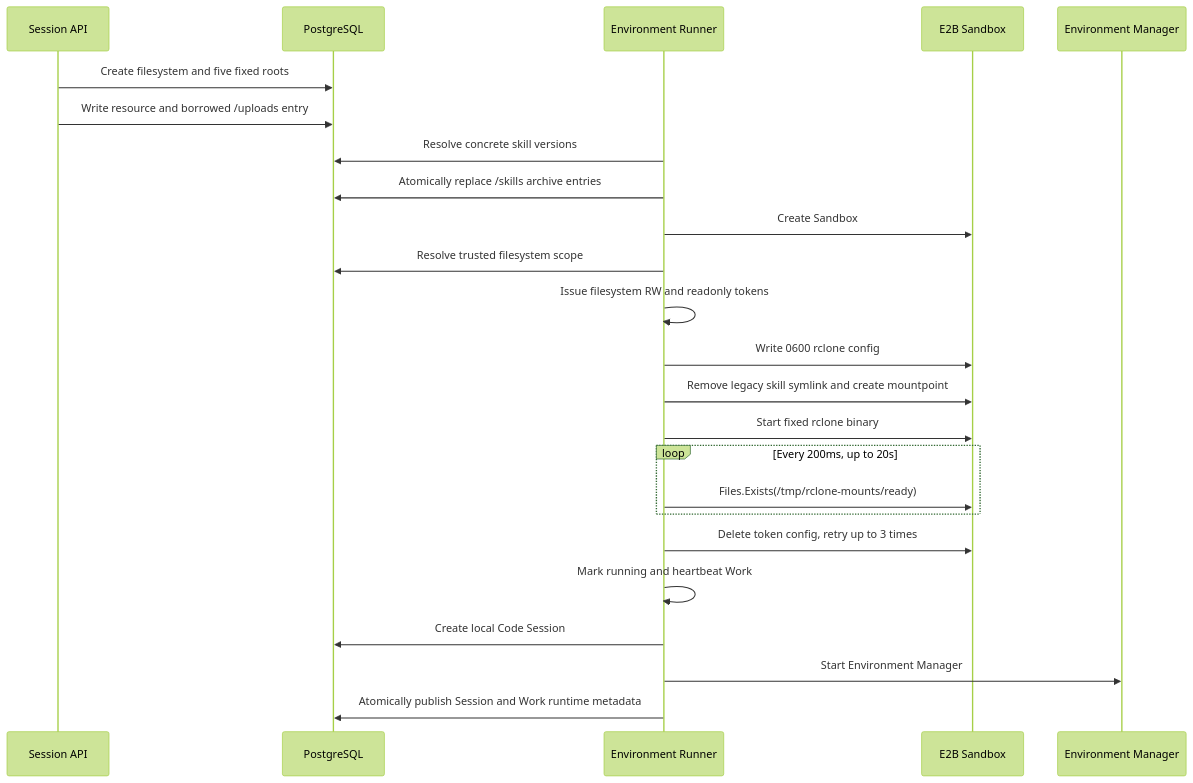
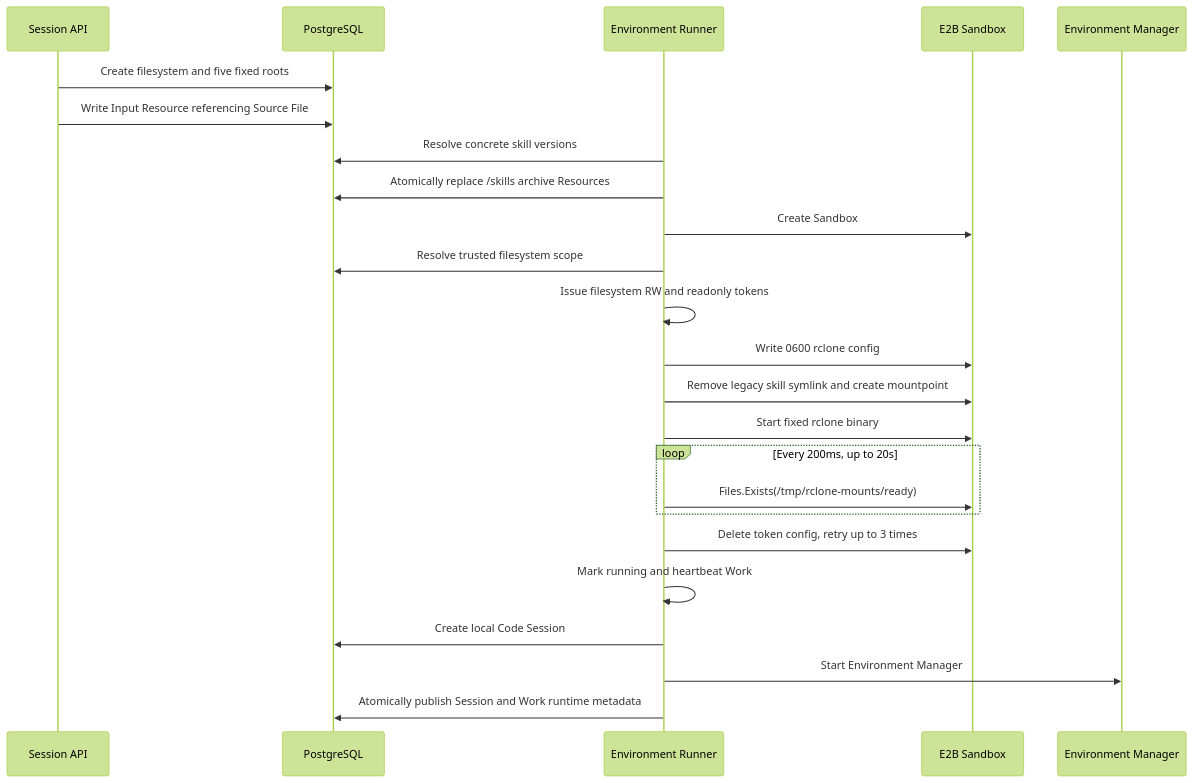
The second of 4 diagrams in docs/design/be/filestore.md (superduck-ai/open-managed-agents), drawn with Mermaid (forest theme) before and after one commit. The commit also changed other lines of this file and 48 other files, not shown here.

````diff
--- a/docs/design/be/filestore.md
+++ b/docs/design/be/filestore.md
@@ -140,26 +140,26 @@
 ```mermaid
 sequenceDiagram
     participant A as Session API
     participant D as PostgreSQL
     participant R as Environment Runner
     participant E as E2B Sandbox
     participant M as Environment Manager
     A->>D: Create filesystem and five fixed roots
-    A->>D: Write resource and borrowed /uploads entry
+    A->>D: Write Input Resource referencing Source File
     R->>D: Resolve concrete skill versions
-    R->>D: Atomically replace /skills archive entries
+    R->>D: Atomically replace /skills archive Resources
     R->>E: Create Sandbox
     R->>D: Resolve trusted filesystem scope
     R->>R: Issue filesystem RW and readonly tokens
     R->>E: Write 0600 rclone config
     R->>E: Remove legacy skill symlink and create mountpoint
     R->>E: Start fixed rclone binary
     loop Every 200ms, up to 20s
         R->>E: Files.Exists(/tmp/rclone-mounts/ready)
     end
     R->>E: Delete token config, retry up to 3 times
     R->>R: Mark running and heartbeat Work
     R->>D: Create local Code Session
     R->>M: Start Environment Manager
     R->>D: Atomically publish Session and Work runtime metadata
 ```
````
